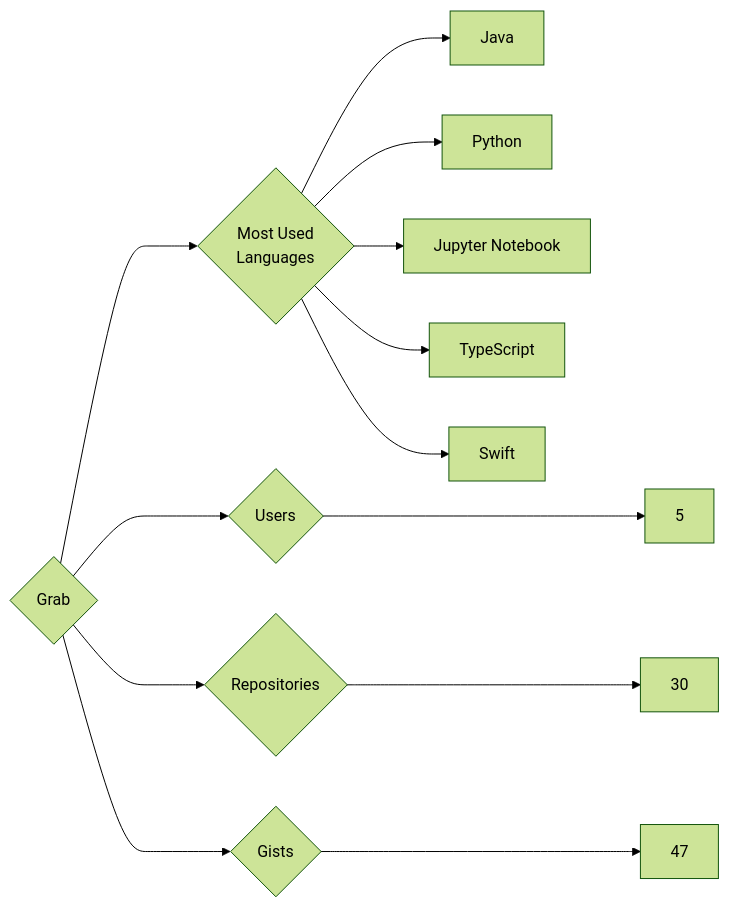
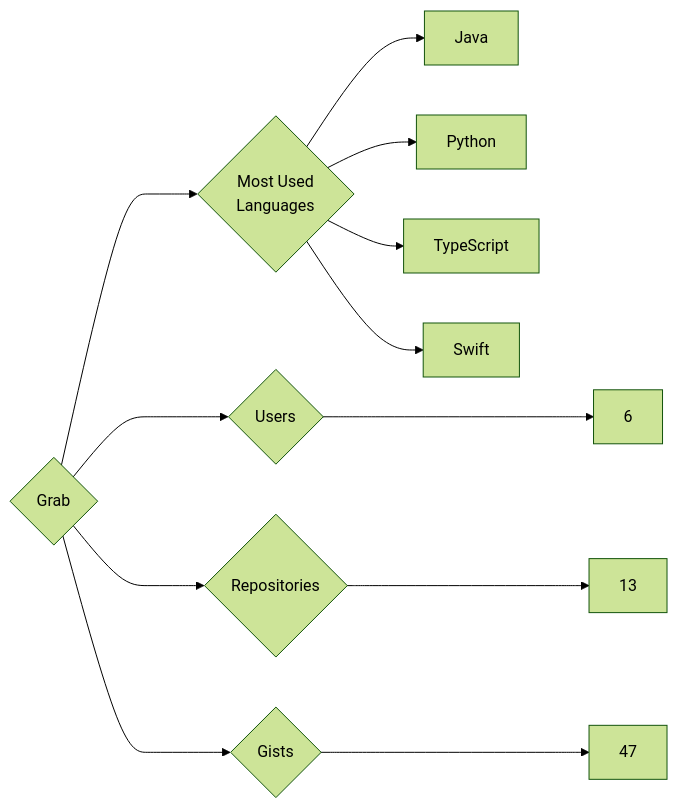
One commit to trickest/insiders changed the diagram in targets/Grab/README.md. Above: the diagram before and after it, drawn with Mermaid (forest theme). The commit also changed 1007 other files, not shown here.

````diff
--- a/targets/Grab/README.md
+++ b/targets/Grab/README.md
@@ -3,13 +3,12 @@
 ```mermaid
 graph LR
 COMPANY_NAME{Grab}
-COMPANY_NAME ---> U{Users} ---> UN[5]
-COMPANY_NAME ---> R{Repositories} ---> RN[30]
+COMPANY_NAME ---> U{Users} ---> UN[6]
+COMPANY_NAME ---> R{Repositories} ---> RN[13]
 COMPANY_NAME ---> G{Gists} ---> GN[47]
 COMPANY_NAME ---> ML{Most Used<br>Languages}
 ML --> Java[Java]
 ML --> Python[Python]
-ML --> Jupyter_Notebook[Jupyter Notebook]
 ML --> TypeScript[TypeScript]
 ML --> Swift[Swift]
 ```
````
